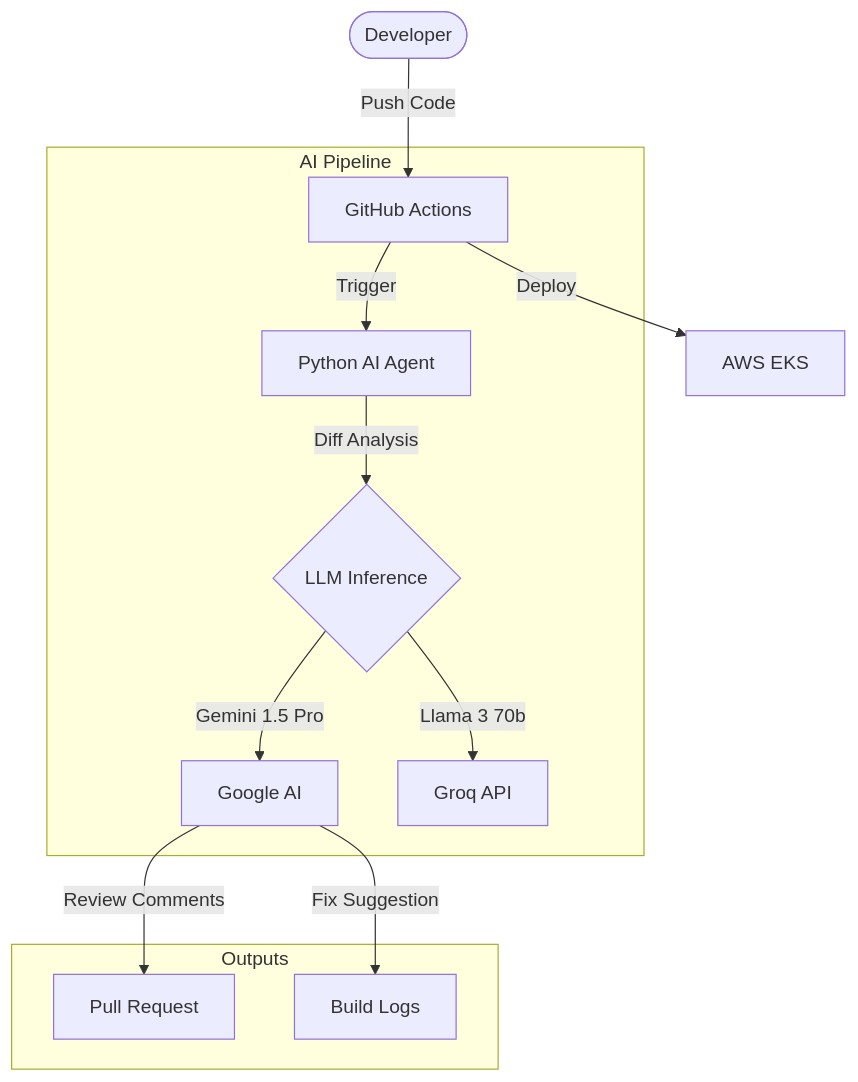
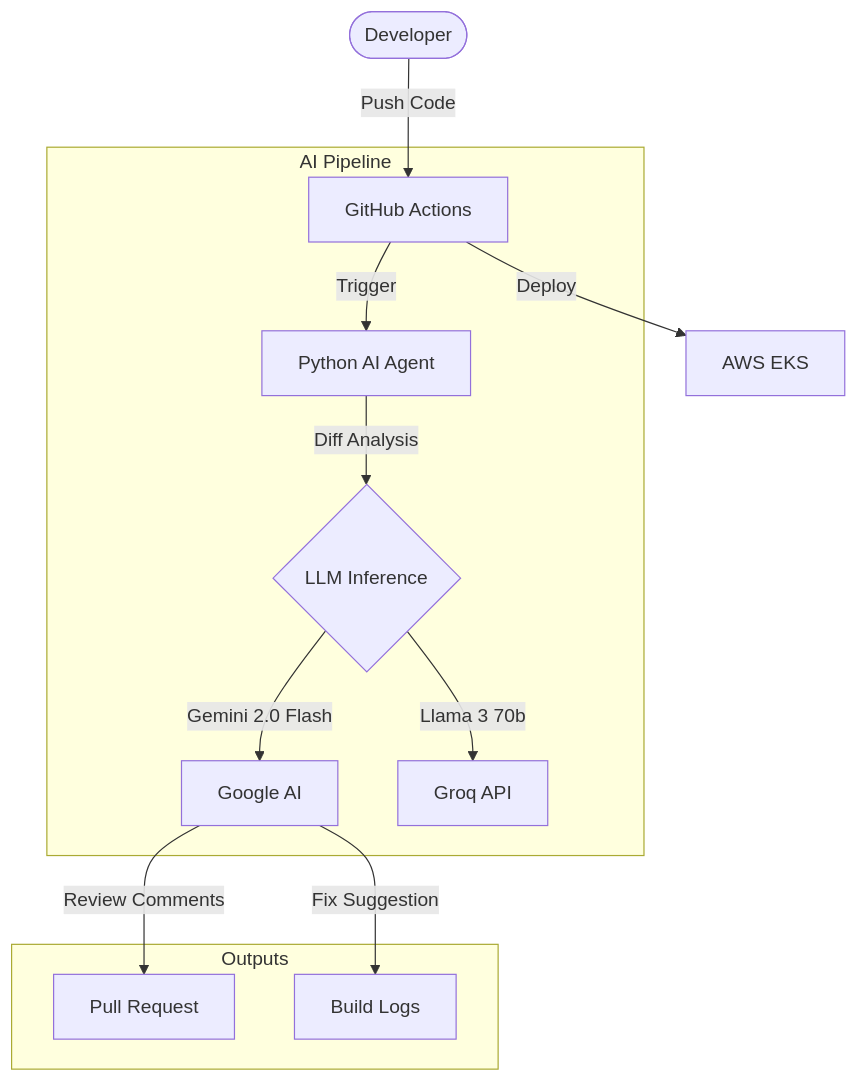
The diagram in README.md (sikander098/ai-cicd-pipeline), drawn with Mermaid before and after one commit. The commit also changed other lines of this file and 3 other files, not shown here.

Commit message:
Upgrade: Switch to Gemini 2.0 Flash (Fixed 404 error)

````diff
--- a/README.md
+++ b/README.md
@@ -29,18 +29,18 @@
 ```mermaid
 graph TD
     User([Developer]) -->|Push Code| GH[GitHub Actions]
     
     subgraph "AI Pipeline"
         GH -->|Trigger| Agent[Python AI Agent]
         Agent -->|Diff Analysis| LLM{LLM Inference}
-        LLM -->|Gemini 1.5 Pro| Google[Google AI]
+        LLM -->|Gemini 2.0 Flash| Google[Google AI]
         LLM -->|Llama 3 70b| Groq[Groq API]
     end
     
     subgraph "Outputs"
         Google -->|Review Comments| PR[Pull Request]
         Google -->|Fix Suggestion| Logs[Build Logs]
     end
     
     GH -->|Deploy| AWS[AWS EKS]
 ```
````
